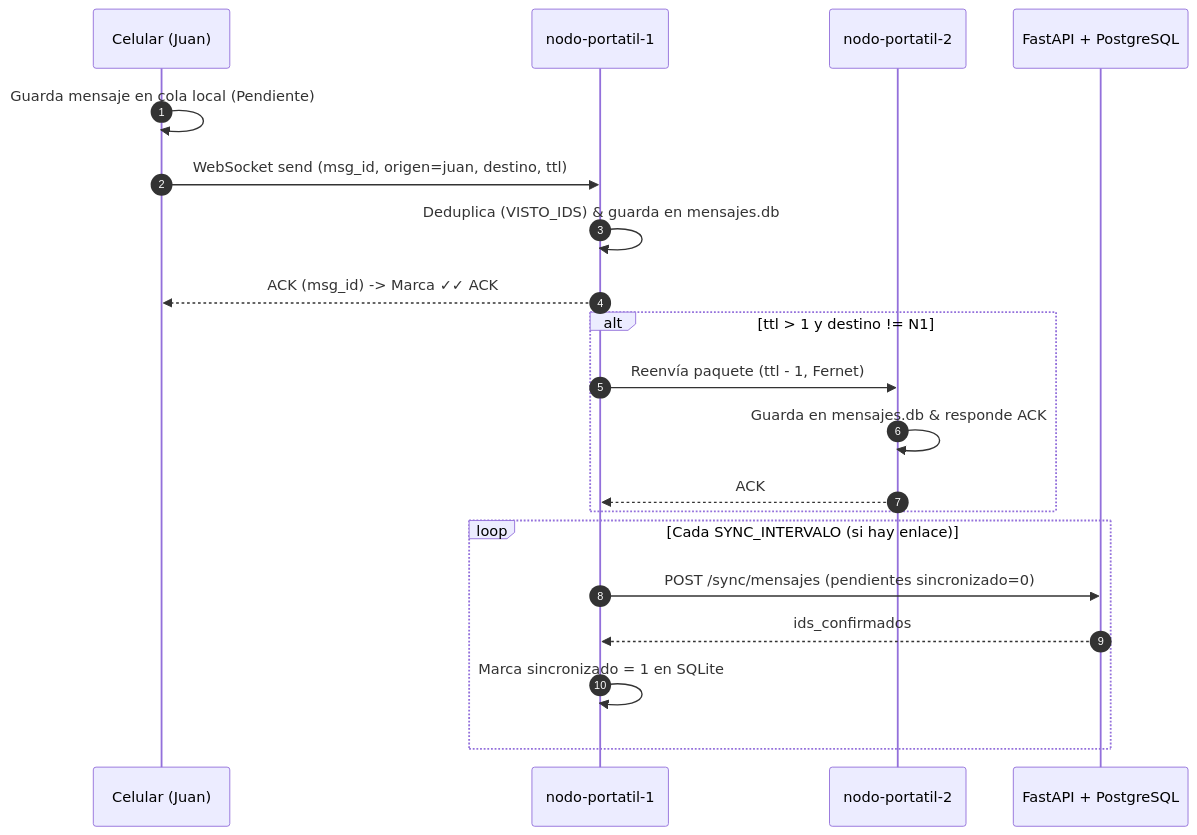
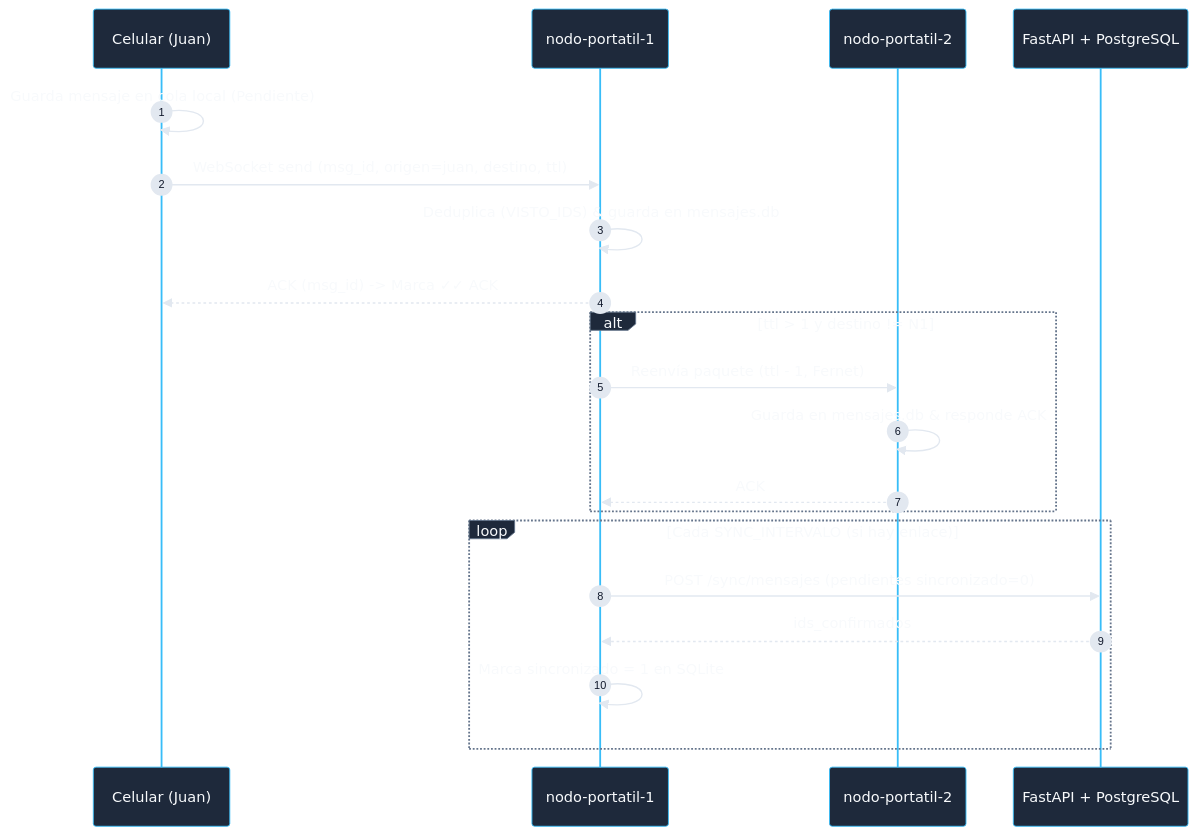
One commit to giovannytoro-codigo/proyecto-mesh-hibrido changed the second of 2 diagrams in README.md. Above: the diagram before and after it, drawn with Mermaid. The commit also changed other lines of this file, not shown here.

````diff
--- a/README.md
+++ b/README.md
@@ -45,23 +45,26 @@
 ```mermaid
+%%{init: {'theme': 'base', 'themeVariables': {'background': '#0f172a', 'primaryColor': '#1e293b', 'primaryTextColor': '#f8fafc', 'primaryBorderColor': '#38bdf8', 'actorBkg': '#1e293b', 'actorTextColor': '#f8fafc', 'actorBorder': '#38bdf8', 'signalColor': '#e2e8f0', 'signalTextColor': '#f8fafc', 'labelBoxBkgColor': '#1e293b', 'labelBoxBorderColor': '#64748b', 'labelTextColor': '#f8fafc'}}}%%
+
+
 sequenceDiagram
     autonumber
     participant Cel as Celular (Juan)
     participant N1 as nodo-portatil-1
     participant N2 as nodo-portatil-2
     participant Sync as FastAPI + PostgreSQL
 
     Cel->>Cel: Guarda mensaje en cola local (Pendiente)
     Cel->>N1: WebSocket send (msg_id, origen=juan, destino, ttl)
     N1->>N1: Deduplica (VISTO_IDS) & guarda en mensajes.db
     N1-->>Cel: ACK (msg_id) -> Marca ✓✓ ACK
     alt ttl > 1 y destino != N1
         N1->>N2: Reenvía paquete (ttl - 1, Fernet)
         N2->>N2: Guarda en mensajes.db & responde ACK
         N2-->>N1: ACK
     end
     loop Cada SYNC_INTERVALO (si hay enlace)
         N1->>Sync: POST /sync/mensajes (pendientes sincronizado=0)
         Sync-->>N1: ids_confirmados
         N1->>N1: Marca sincronizado = 1 en SQLite
     end
 ```
````
